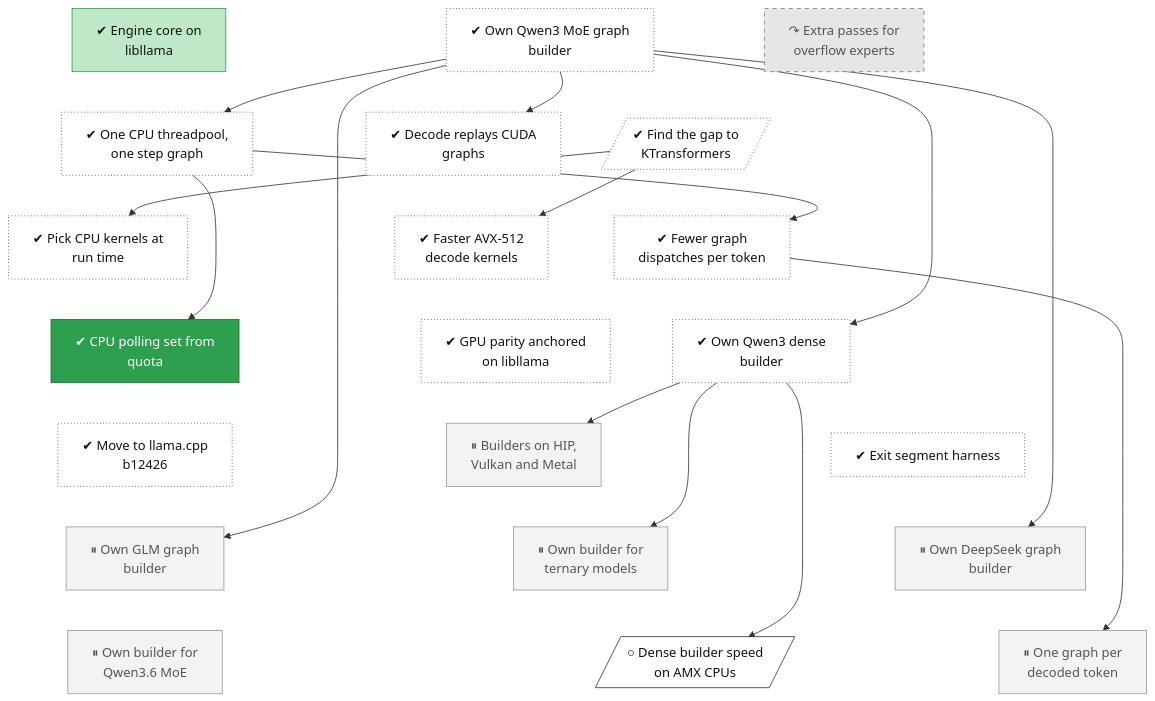
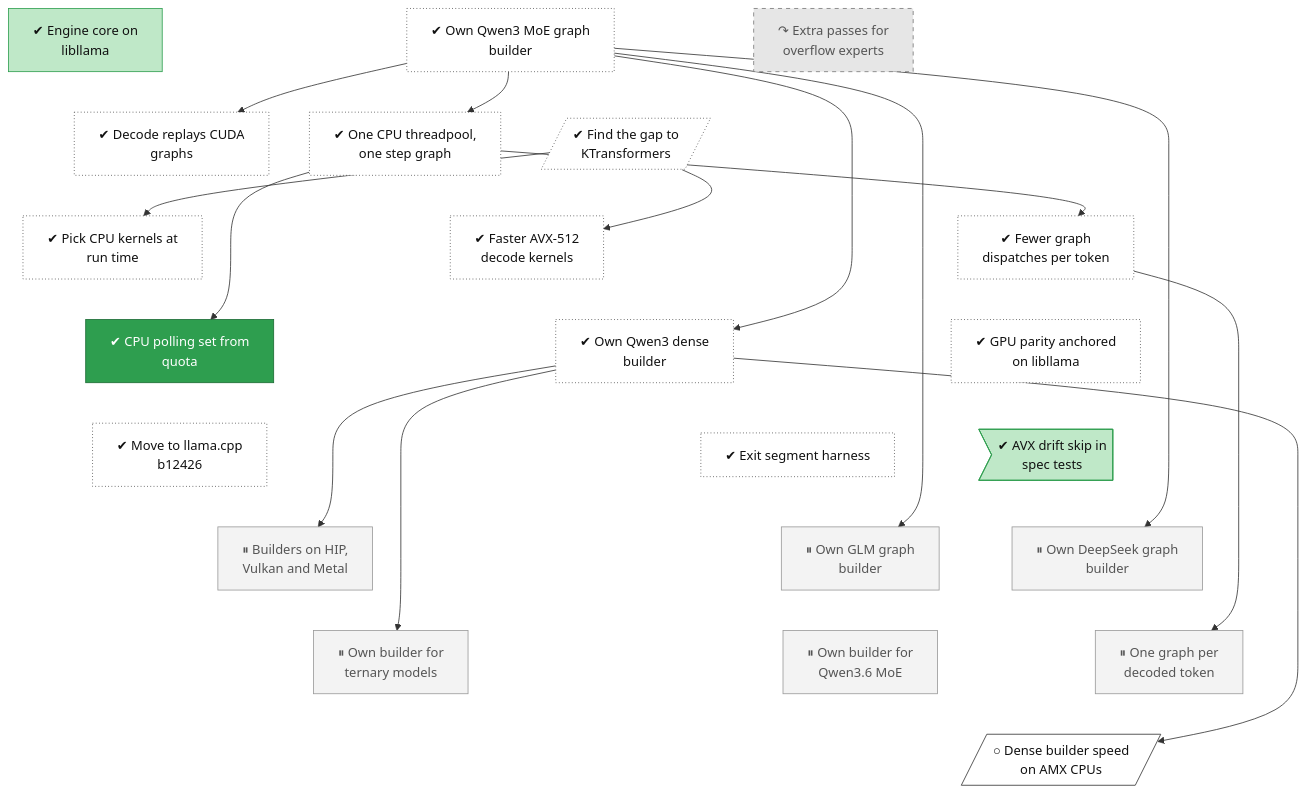
The diagram in docs/roadmap/tracks/engine.md (lhns/tetraeder), drawn with Mermaid before and after one commit. The commit also changed other lines of this file and 5 other files, not shown here.

````diff
--- a/docs/roadmap/tracks/engine.md
+++ b/docs/roadmap/tracks/engine.md
@@ -10,75 +10,79 @@
 ```mermaid
 flowchart TB
     engine_libllama["✔ Engine core on<br/>libllama"]
     engine_moe_builder["✔ Own Qwen3 MoE graph<br/>builder"]
     engine_overflow_passes["↷ Extra passes for<br/>overflow experts"]
     engine_cpu_threadpool["✔ One CPU threadpool,<br/>one step graph"]
     engine_cuda_graphs["✔ Decode replays CUDA<br/>graphs"]
     engine_kt_gap[/"✔ Find the gap to<br/>KTransformers"/]
     engine_isa_dispatch["✔ Pick CPU kernels at<br/>run time"]
     engine_iqk_kernels["✔ Faster AVX-512<br/>decode kernels"]
     engine_decode_dispatch["✔ Fewer graph<br/>dispatches per token"]
     engine_cpu_poll["✔ CPU polling set from<br/>quota"]
     engine_dense_builder["✔ Own Qwen3 dense<br/>builder"]
     engine_gpu_tolerance["✔ GPU parity anchored<br/>on libllama"]
     engine_pin_b12426["✔ Move to llama.cpp<br/>b12426"]
     engine_exit_segment_harness["✔ Exit segment harness"]
+    engine_avx_drift_skip>"✔ AVX drift skip in<br/>spec tests"]
     engine_backend_parity["⏸ Builders on HIP,<br/>Vulkan and Metal"]
     engine_glm_builder["⏸ Own GLM graph<br/>builder"]
     engine_deepseek_builder["⏸ Own DeepSeek graph<br/>builder"]
     engine_bitnet_builder["⏸ Own builder for<br/>ternary models"]
     engine_qwen35moe_builder["⏸ Own builder for<br/>Qwen3.6 MoE"]
     engine_one_graph_per_token["⏸ One graph per<br/>decoded token"]
     engine_dense_amx[/"○ Dense builder speed<br/>on AMX CPUs"/]
     engine_libllama ~~~ engine_cpu_threadpool
     engine_moe_builder ~~~ engine_cuda_graphs
     engine_overflow_passes ~~~ engine_kt_gap
     engine_cpu_threadpool ~~~ engine_isa_dispatch
     engine_cuda_graphs ~~~ engine_iqk_kernels
     engine_kt_gap ~~~ engine_decode_dispatch
     engine_isa_dispatch ~~~ engine_cpu_poll
     engine_iqk_kernels ~~~ engine_dense_builder
     engine_decode_dispatch ~~~ engine_gpu_tolerance
     engine_cpu_poll ~~~ engine_pin_b12426
     engine_dense_builder ~~~ engine_exit_segment_harness
-    engine_gpu_tolerance ~~~ engine_backend_parity
-    engine_pin_b12426 ~~~ engine_glm_builder
-    engine_exit_segment_harness ~~~ engine_deepseek_builder
+    engine_gpu_tolerance ~~~ engine_avx_drift_skip
+    engine_pin_b12426 ~~~ engine_backend_parity
+    engine_exit_segment_harness ~~~ engine_glm_builder
+    engine_avx_drift_skip ~~~ engine_deepseek_builder
     engine_backend_parity ~~~ engine_bitnet_builder
     engine_glm_builder ~~~ engine_qwen35moe_builder
     engine_deepseek_builder ~~~ engine_one_graph_per_token
     engine_bitnet_builder ~~~ engine_dense_amx
+    engine_qwen35moe_builder ~~~ engine_dense_amx
+    engine_one_graph_per_token ~~~ engine_dense_amx
     engine_moe_builder --> engine_cpu_threadpool
     engine_moe_builder --> engine_cuda_graphs
     engine_kt_gap --> engine_isa_dispatch
     engine_kt_gap --> engine_iqk_kernels
     engine_cpu_threadpool --> engine_decode_dispatch
     engine_cpu_threadpool --> engine_cpu_poll
     engine_moe_builder --> engine_dense_builder
     engine_dense_builder --> engine_backend_parity
     engine_moe_builder --> engine_glm_builder
     engine_moe_builder --> engine_deepseek_builder
     engine_dense_builder --> engine_bitnet_builder
     engine_decode_dispatch --> engine_one_graph_per_token
     engine_dense_builder --> engine_dense_amx
     classDef vsucc fill:#2e9e4f,stroke:#1b6b34,color:#fff
     classDef succ fill:#bfe8c8,stroke:#2e9e4f,color:#111
     classDef mixed fill:#ffd37a,stroke:#c98a00,color:#111
     classDef bad fill:#f28b82,stroke:#b3261e,color:#111
     classDef dead fill:#e6e6e6,stroke:#777,stroke-dasharray:5 5,color:#555
     classDef inprog fill:#a8cdf5,stroke:#1f6fc5,color:#111
     classDef next fill:#fff,stroke:#333,color:#111
     classDef blocked fill:#fff,stroke:#b3261e,stroke-dasharray:2 2,color:#111
     classDef parked fill:#f3f3f3,stroke:#999,color:#555
     classDef unrated fill:#fff,stroke:#333,stroke-dasharray:1 3,color:#111
     classDef gate fill:#d9c2f0,stroke:#7b3fb5,color:#111
     classDef decided fill:#ece0f7,stroke:#7b3fb5,stroke-dasharray:2 2,color:#111
     classDef finding fill:#ffe0b2,stroke:#d84315,stroke-width:2px,color:#111
     classDef waiting fill:#e3f2fd,stroke:#1f6fc5,stroke-dasharray:5 5,color:#111
-    class engine_libllama succ
+    class engine_libllama,engine_avx_drift_skip succ
     class engine_moe_builder,engine_cpu_threadpool,engine_cuda_graphs,engine_kt_gap,engine_isa_dispatch,engine_iqk_kernels,engine_decode_dispatch,engine_dense_builder,engine_gpu_tolerance,engine_pin_b12426,engine_exit_segment_harness unrated
     class engine_overflow_passes dead
     class engine_cpu_poll vsucc
     class engine_backend_parity,engine_glm_builder,engine_deepseek_builder,engine_bitnet_builder,engine_qwen35moe_builder,engine_one_graph_per_token parked
     class engine_dense_amx next
 ```
````
